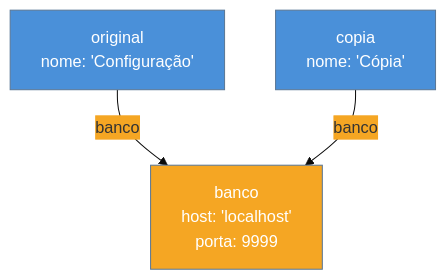
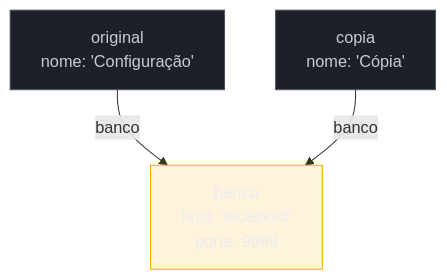
Before and after one commit to josenaldo/codex-technomanticus: the diagram in 03-Dominios/Tecnologia/JavaScript/07 - Objetos.md, drawn with Mermaid. The commit also changed 1181 other files, not shown here.

First line of the commit message:
fix(diagramas): paleta do sistema no lugar de cor cravada no markdown

````diff
--- a/03-Dominios/Tecnologia/JavaScript/07 - Objetos.md
+++ b/03-Dominios/Tecnologia/JavaScript/07 - Objetos.md
@@ -472,14 +472,15 @@
 ```mermaid
-%%{init: {"theme": "base", "themeVariables": {"primaryColor": "#4A90D9", "secondaryColor": "#F5A623", "tertiaryColor": "#D0021B"}}}%%
 graph TD
+    classDef neutro fill:#1B2029,stroke:#4E5666,color:#C6CCD8
+    classDef destaque fill:#FFAA0024,stroke:#FFAA00,color:#E9ECF2
     original["original\nnome: 'Configuração'"]
     copia["copia\nnome: 'Cópia'"]
     banco["banco\nhost: 'localhost'\nporta: 9999"]
 
     original -->|banco| banco
     copia -->|banco| banco
 
-    style original fill:#4A90D9,color:#fff
-    style copia fill:#4A90D9,color:#fff
-    style banco fill:#F5A623,color:#fff
+    class original neutro
+    class copia neutro
+    class banco destaque
 ```
````
